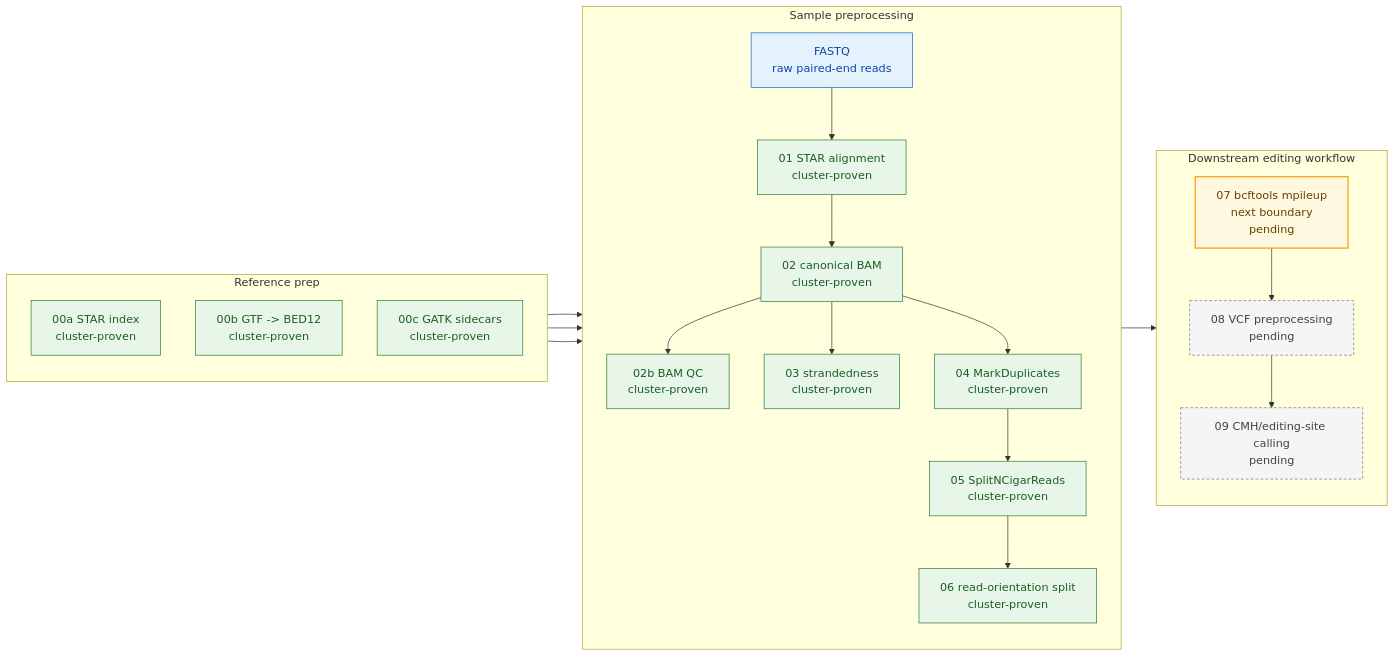
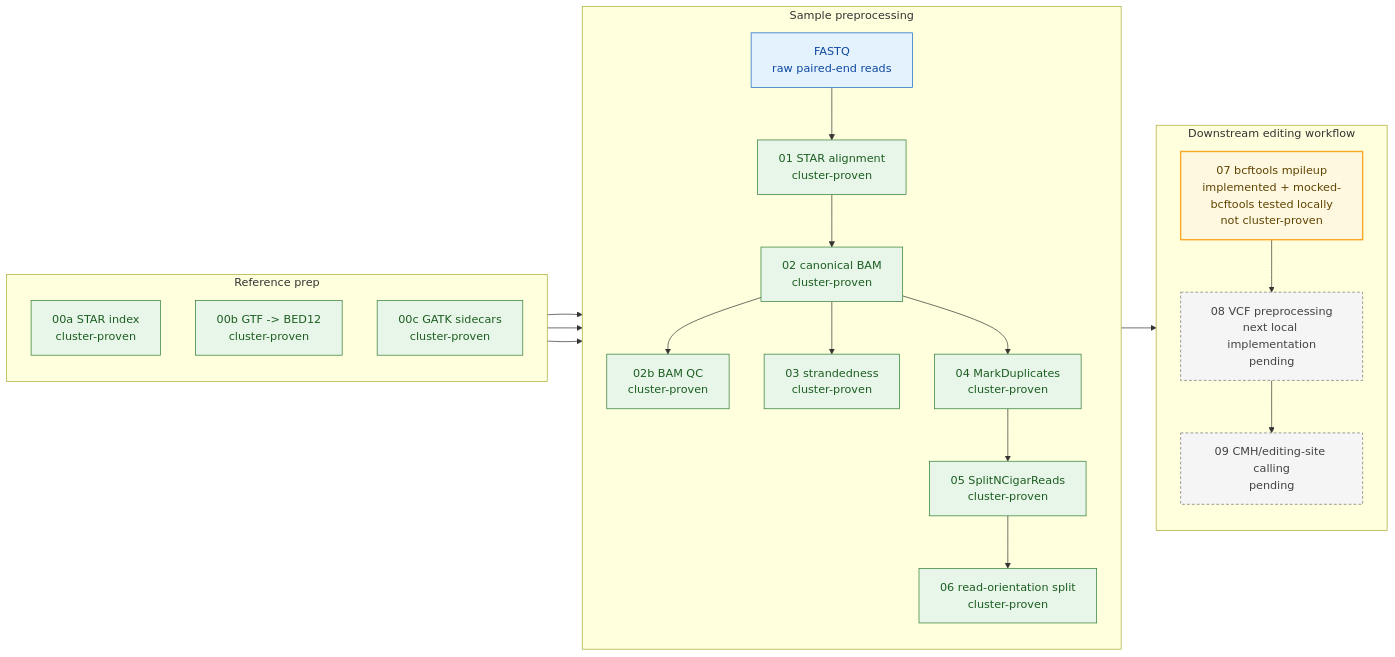
Before and after one commit to lab-cats/EMRYS: the first of 2 diagrams in docs/architecture/ARCHITECTURE.md, drawn with Mermaid. The commit also changed other lines of this file and 14 other files, not shown here.

````diff
--- a/docs/architecture/ARCHITECTURE.md
+++ b/docs/architecture/ARCHITECTURE.md
@@ -24,46 +25,46 @@
 ```mermaid
 flowchart LR
     classDef proven fill:#e8f5e9,stroke:#2e7d32,color:#1b5e20
     classDef boundary fill:#fff8e1,stroke:#f9a825,color:#5f4300,stroke-width:2px
     classDef pending fill:#f5f5f5,stroke:#757575,color:#424242,stroke-dasharray:4 3
     classDef input fill:#e3f2fd,stroke:#1565c0,color:#0d47a1
 
     subgraph ref["Reference prep"]
         direction TB
         s00a["00a STAR index<br/>cluster-proven"]
         s00b["00b GTF -> BED12<br/>cluster-proven"]
         s00c["00c GATK sidecars<br/>cluster-proven"]
     end
 
     subgraph sample["Sample preprocessing"]
         direction TB
         fastq["FASTQ<br/>raw paired-end reads"]
         s01["01 STAR alignment<br/>cluster-proven"]
         s02["02 canonical BAM<br/>cluster-proven"]
         s02b["02b BAM QC<br/>cluster-proven"]
         s03["03 strandedness<br/>cluster-proven"]
         s04["04 MarkDuplicates<br/>cluster-proven"]
         s05["05 SplitNCigarReads<br/>cluster-proven"]
         s06["06 read-orientation split<br/>cluster-proven"]
     end
 
     subgraph downstream["Downstream editing workflow"]
         direction TB
-        s07["07 bcftools mpileup<br/>next boundary<br/>pending"]
-        s08["08 VCF preprocessing<br/>pending"]
+        s07["07 bcftools mpileup<br/>implemented + mocked-bcftools tested locally<br/>not cluster-proven"]
+        s08["08 VCF preprocessing<br/>next local implementation<br/>pending"]
         s09["09 CMH/editing-site calling<br/>pending"]
     end
 
     fastq --> s01 --> s02
     s00a --> s01
     s00b --> s03
     s00c --> s05
     s02 --> s02b
     s02 --> s03
     s02 --> s04 --> s05 --> s06 --> s07 --> s08 --> s09
 
     class fastq input
     class s00a,s00b,s00c,s01,s02,s02b,s03,s04,s05,s06 proven
     class s07 boundary
     class s08,s09 pending
 ```
````
